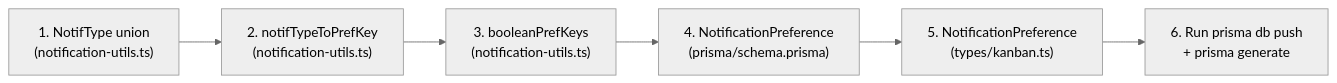
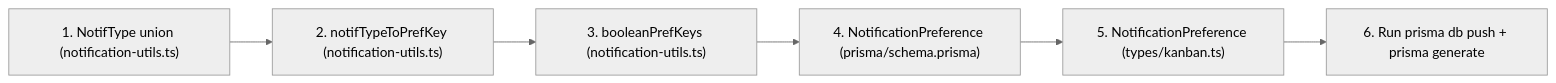
The fifth of 5 diagrams in docs/06-notification-system.md (asefahmed500/Smart-Task-App_IIT_DU_Final_Project), drawn with Mermaid (neutral theme) before and after one commit. The commit also changed other lines of this file and 8 other files, not shown here.

Commit message:
fix: remove br tags from mermaid diagrams for GitHub rendering

````diff
--- a/docs/06-notification-system.md
+++ b/docs/06-notification-system.md
@@ -223,8 +223,8 @@
 ```mermaid
 flowchart LR
-    A["1. NotifType union<br/>(notification-utils.ts)"] --> B["2. notifTypeToPrefKey<br/>(notification-utils.ts)"]
-    B --> C["3. booleanPrefKeys<br/>(notification-utils.ts)"]
-    C --> D["4. NotificationPreference<br/>(prisma/schema.prisma)"]
-    D --> E["5. NotificationPreference<br/>(types/kanban.ts)"]
-    E --> F["6. Run prisma db push<br/>+ prisma generate"]
+    A["1. NotifType union (notification-utils.ts)"] --> B["2. notifTypeToPrefKey (notification-utils.ts)"]
+    B --> C["3. booleanPrefKeys (notification-utils.ts)"]
+    C --> D["4. NotificationPreference (prisma/schema.prisma)"]
+    D --> E["5. NotificationPreference (types/kanban.ts)"]
+    E --> F["6. Run prisma db push + prisma generate"]
 ```
````
